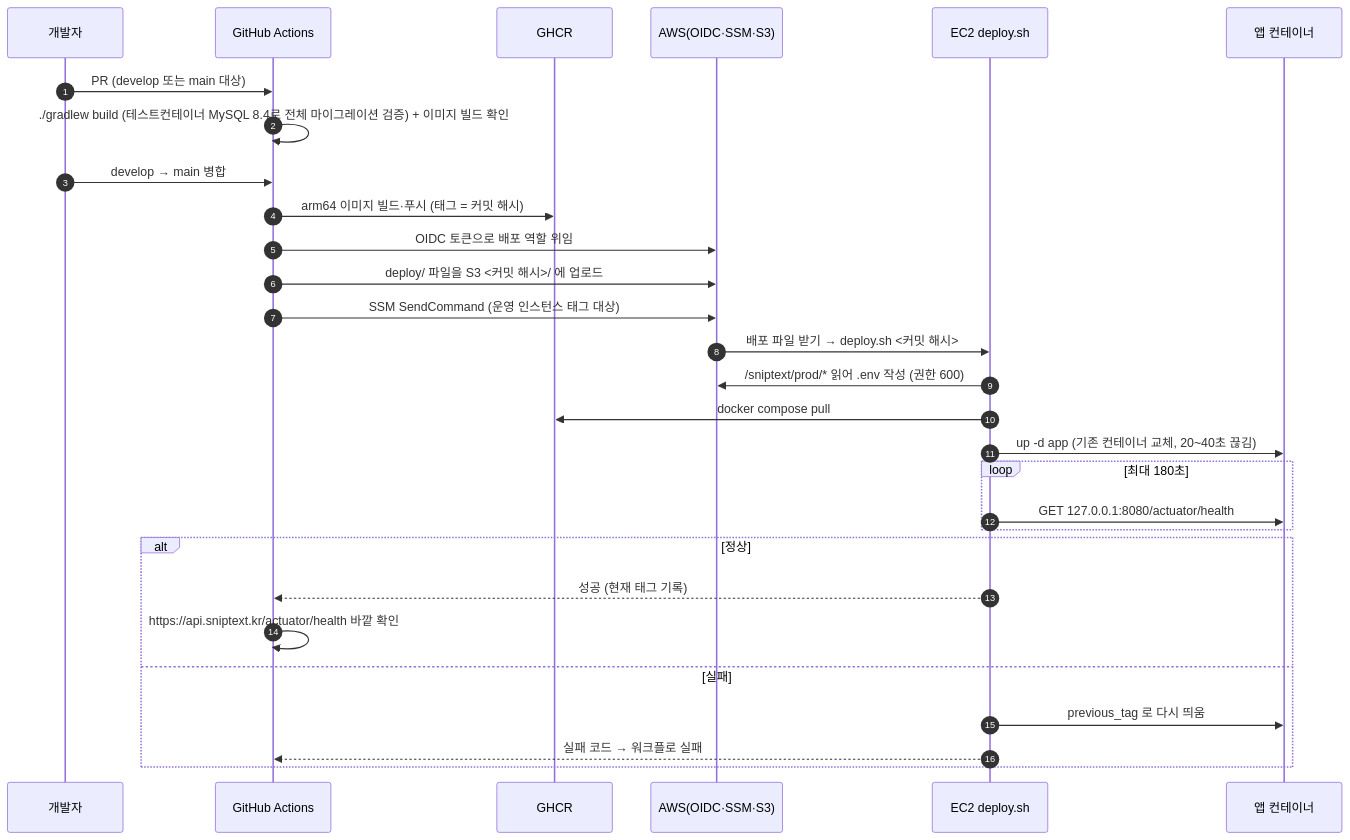
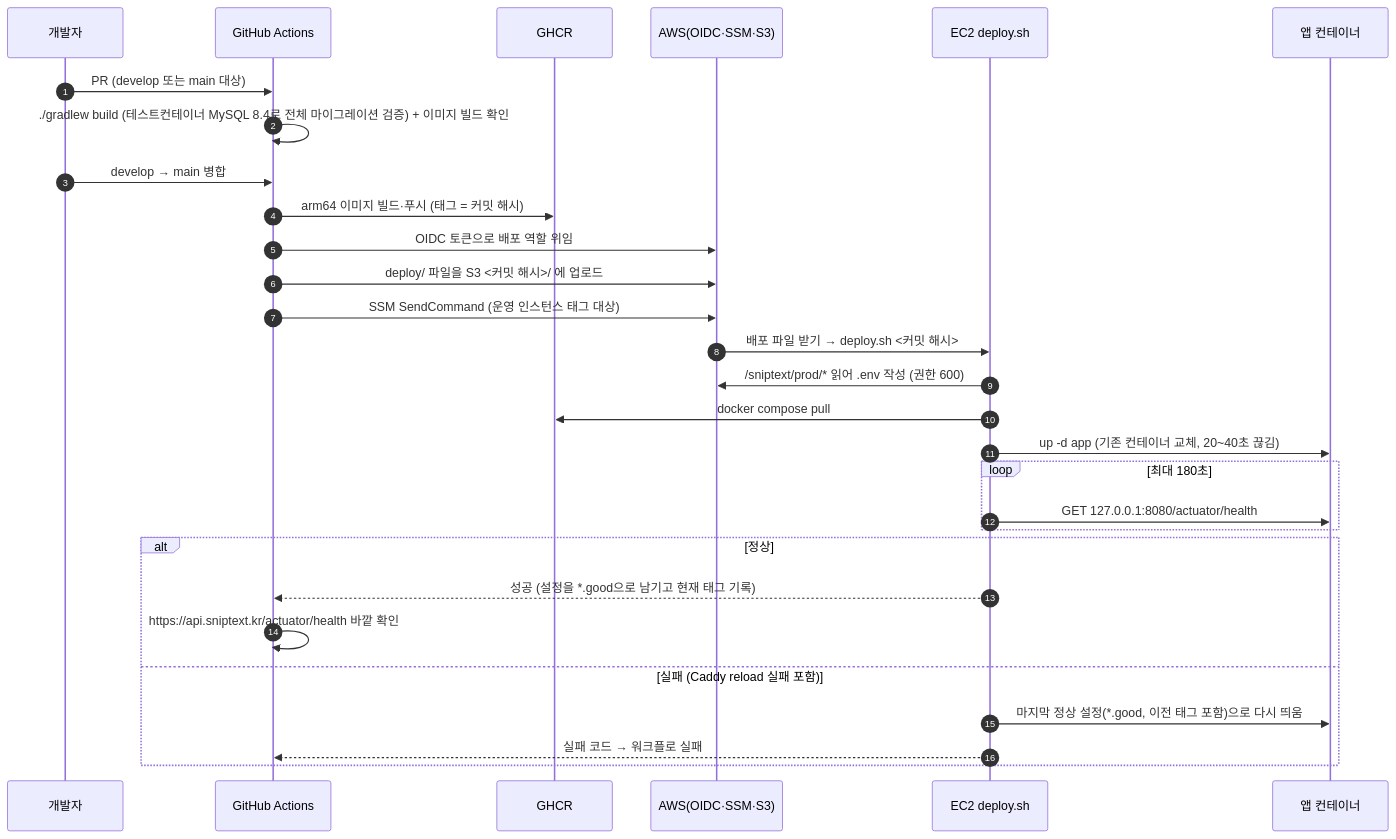
Before and after one commit to SnipText-Developer/backend: the second of 2 diagrams in docs/deploy-design.md, drawn with Mermaid. The commit also changed other lines of this file and 1 other file, not shown here.

Commit message:
chore: 배포 되돌리기를 마지막 정상 설정 기준으로 바꾸고 Caddy reload 실패를 배포 실패로 처리 (#92)
- 성공한 배포만 설정을 *.good으로 남기고 되돌리기는 *.good에서 한다 (끊긴 배포의 설정이 되돌리기 대상이 되지 않게)
- Caddy reload를 2초 간격 5회 시도하고 끝내 실패하면 되돌린다
- 셸의 APP_TAG를 compose 호출에서 지운다
- 파라미터 이름 검증 실패 메시지에 원문을 넣지 않는다 (값에 줄바꿈이 있으면 비밀 일부가 공개 로그에 남음)

````diff
--- a/docs/deploy-design.md
+++ b/docs/deploy-design.md
@@ -54,32 +54,32 @@
 ```mermaid
 sequenceDiagram
     autonumber
     participant D as 개발자
     participant GH as GitHub Actions
     participant R as GHCR
     participant A as AWS(OIDC·SSM·S3)
     participant S as EC2 deploy.sh
     participant App as 앱 컨테이너
 
     D->>GH: PR (develop 또는 main 대상)
     GH->>GH: ./gradlew build (테스트컨테이너 MySQL 8.4로 전체 마이그레이션 검증) + 이미지 빌드 확인
     D->>GH: develop → main 병합
     GH->>R: arm64 이미지 빌드·푸시 (태그 = 커밋 해시)
     GH->>A: OIDC 토큰으로 배포 역할 위임
     GH->>A: deploy/ 파일을 S3 <커밋 해시>/ 에 업로드
     GH->>A: SSM SendCommand (운영 인스턴스 태그 대상)
     A->>S: 배포 파일 받기 → deploy.sh <커밋 해시>
     S->>A: /sniptext/prod/* 읽어 .env 작성 (권한 600)
     S->>R: docker compose pull
     S->>App: up -d app (기존 컨테이너 교체, 20~40초 끊김)
     loop 최대 180초
         S->>App: GET 127.0.0.1:8080/actuator/health
     end
     alt 정상
-        S-->>GH: 성공 (현재 태그 기록)
+        S-->>GH: 성공 (설정을 *.good으로 남기고 현재 태그 기록)
         GH->>GH: https://api.sniptext.kr/actuator/health 바깥 확인
-    else 실패
-        S->>App: previous_tag 로 다시 띄움
+    else 실패 (Caddy reload 실패 포함)
+        S->>App: 마지막 정상 설정(*.good, 이전 태그 포함)으로 다시 띄움
         S-->>GH: 실패 코드 → 워크플로 실패
     end
 ```
````
